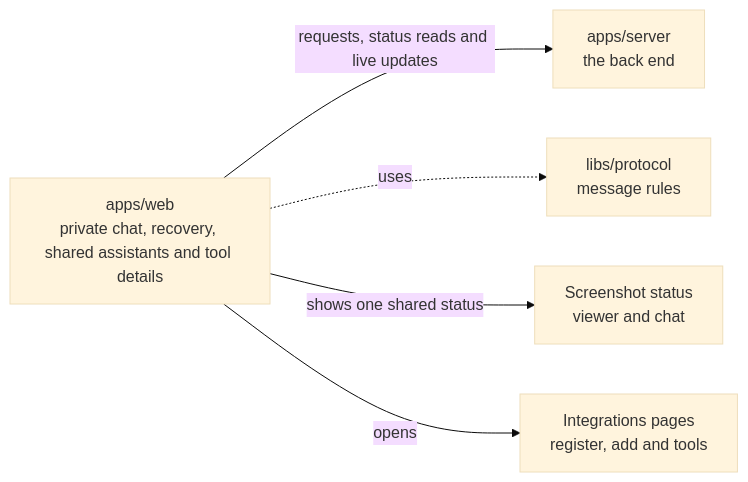
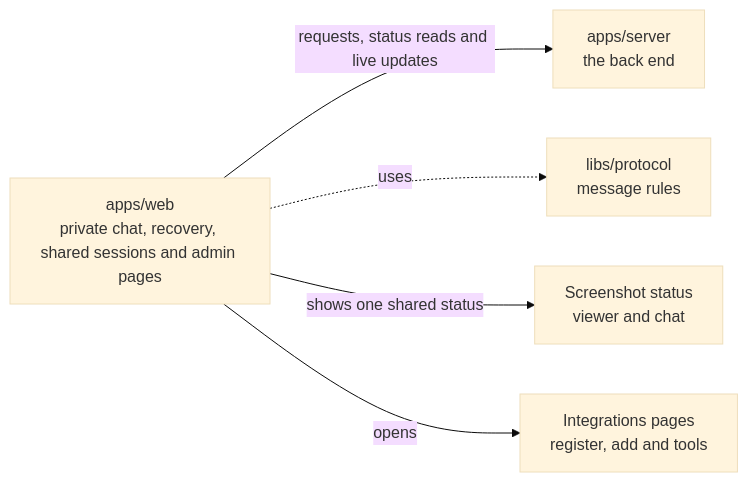
The diagram in apps/web/README.md (elewa-git/opencrane-new), drawn with Mermaid (base theme) before and after one commit. The commit also changed other lines of this file and 81 other files, not shown here.

Commit message:
🧵 Add private shared assistant sessions

````diff
--- a/apps/web/README.md
+++ b/apps/web/README.md
@@ -11,7 +11,7 @@
 ```mermaid
 flowchart LR
-  web["apps/web<br/>private chat, recovery, shared assistants and tool details"] -->|requests, status reads and live updates| server["apps/server<br/>the back end"]
+  web["apps/web<br/>private chat, recovery, shared sessions and admin pages"] -->|requests, status reads and live updates| server["apps/server<br/>the back end"]
   web -.->|uses| protocol["libs/protocol<br/>message rules"]
   web -->|shows one shared status| capture["Screenshot status<br/>viewer and chat"]
   web -->|opens| integrations["Integrations pages<br/>register, add and tools"]
 ```
````
